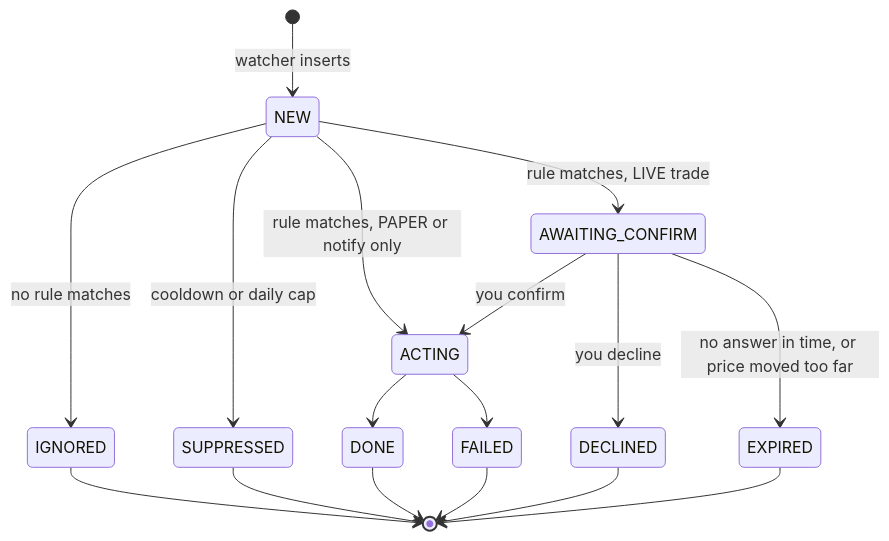
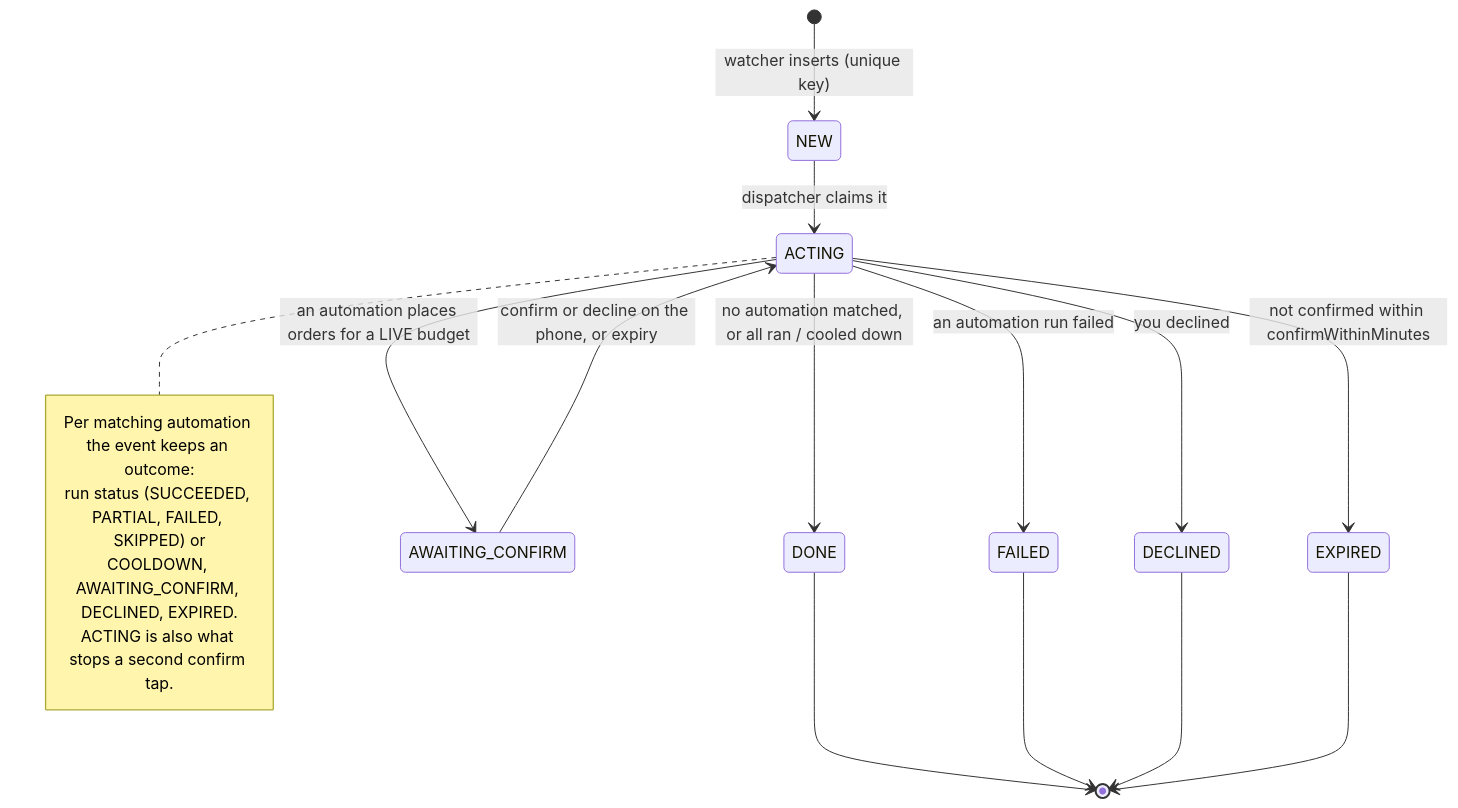
One commit to mixpro/stocksvest_market changed the diagram in UML/EventLifecycle.mmd. Above: the diagram before and after it, drawn with Mermaid. The commit also changed 12 other files, not shown here.

First line of the commit message:
[app-watchers][feature] - Automations triggered by watcher events: PAPER runs at once, LIVE waits for a confirm (WATCH-3)

```diff
--- a/UML/EventLifecycle.mmd
+++ b/UML/EventLifecycle.mmd
@@ -1,17 +1,20 @@
 stateDiagram-v2
-  [*] --> NEW : watcher inserts
-  NEW --> IGNORED : no rule matches
-  NEW --> SUPPRESSED : cooldown or daily cap
-  NEW --> ACTING : rule matches, PAPER or notify only
-  NEW --> AWAITING_CONFIRM : rule matches, LIVE trade
-  AWAITING_CONFIRM --> ACTING : you confirm
-  AWAITING_CONFIRM --> DECLINED : you decline
-  AWAITING_CONFIRM --> EXPIRED : no answer in time, or price moved too far
-  ACTING --> DONE
-  ACTING --> FAILED
-  IGNORED --> [*]
-  SUPPRESSED --> [*]
+  [*] --> NEW : watcher inserts (unique key)
+  NEW --> ACTING : dispatcher claims it
+  ACTING --> DONE : no automation matched, or all ran / cooled down
+  ACTING --> FAILED : an automation run failed
+  ACTING --> AWAITING_CONFIRM : an automation places orders for a LIVE budget
+  AWAITING_CONFIRM --> ACTING : confirm or decline on the phone, or expiry
+  ACTING --> DECLINED : you declined
+  ACTING --> EXPIRED : not confirmed within confirmWithinMinutes
+  DONE --> [*]
+  FAILED --> [*]
   DECLINED --> [*]
   EXPIRED --> [*]
-  DONE --> [*]
-  FAILED --> [*]
+
+  note right of ACTING
+    Per matching automation the event keeps an outcome:
+    run status (SUCCEEDED, PARTIAL, FAILED, SKIPPED) or
+    COOLDOWN, AWAITING_CONFIRM, DECLINED, EXPIRED.
+    ACTING is also what stops a second confirm tap.
+  end note
```
